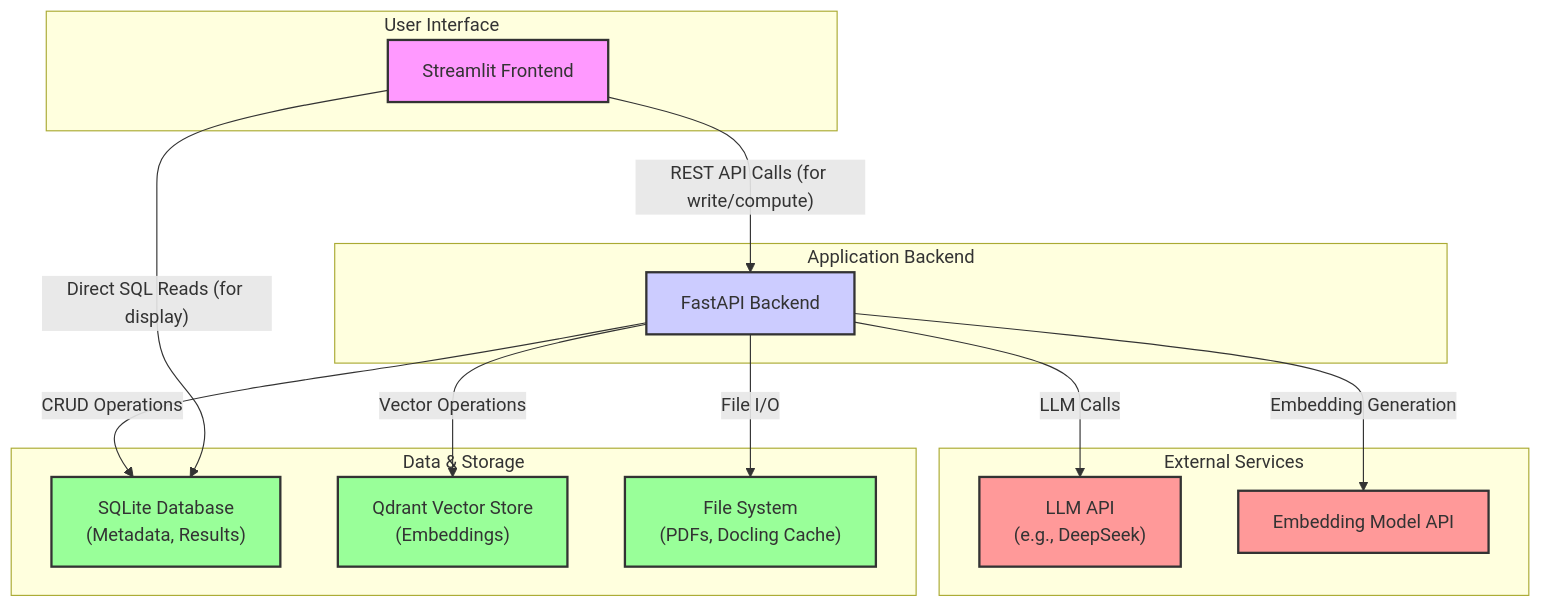
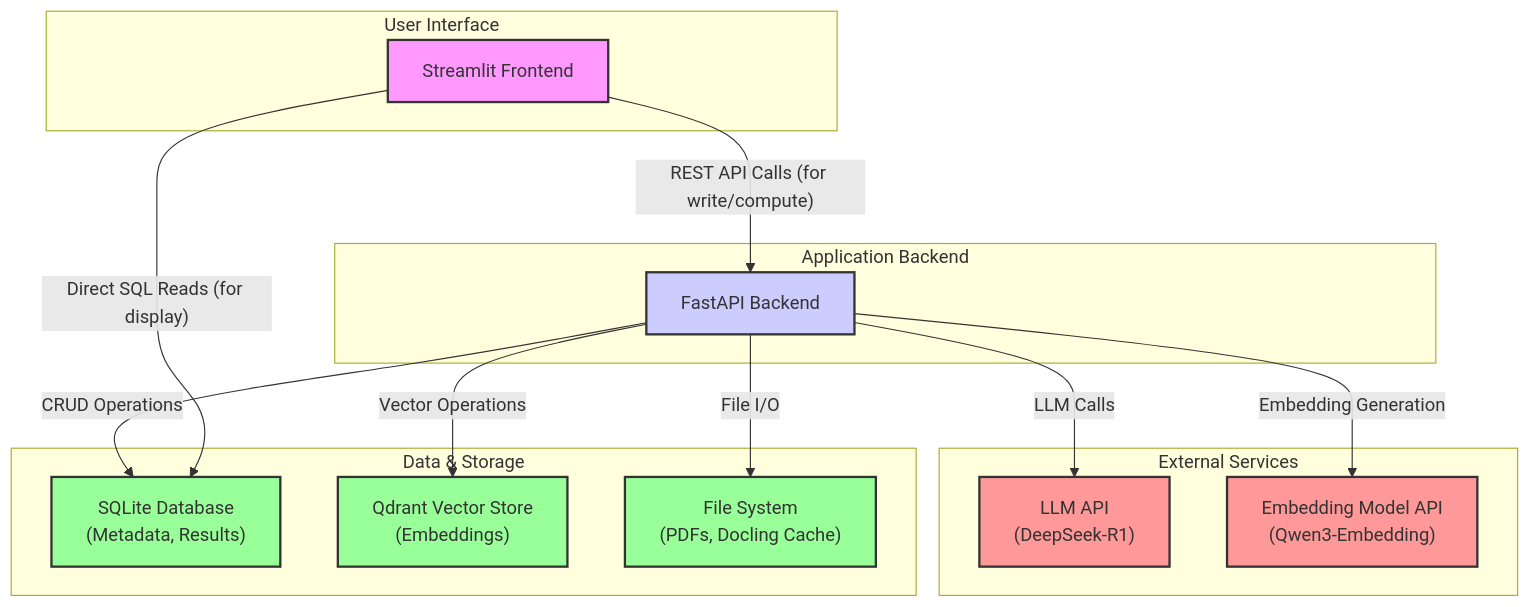
Before and after one commit to MBoekels/structured-data-extraction-rag: the diagram in README.md, drawn with Mermaid.

````diff
--- a/README.md
+++ b/README.md
@@ -26,37 +26,37 @@
 ```mermaid
 graph TD
     subgraph "User Interface"
         A[Streamlit Frontend]
     end
 
     subgraph "Application Backend"
         B[FastAPI Backend]
     end
 
     subgraph "Data & Storage"
         C["SQLite Database<br>(Metadata, Results)"]
         D["Qdrant Vector Store<br>(Embeddings)"]
         E["File System<br>(PDFs, Docling Cache)"]
     end
 
     subgraph "External Services"
-        F["LLM API<br>(e.g., DeepSeek)"]
-        G[Embedding Model API]
+        F["LLM API<br>(DeepSeek-R1)"]
+        G["Embedding Model API<br>(Qwen3-Embedding)"]
     end
 
     A -- "REST API Calls (for write/compute)" --> B
     A -- "Direct SQL Reads (for display)" --> C
     B -- "CRUD Operations" --> C
     B -- "Vector Operations" --> D
     B -- "File I/O" --> E
     B -- "LLM Calls" --> F
     B -- "Embedding Generation" --> G
 
     style A fill:#f9f,stroke:#333,stroke-width:2px
     style B fill:#ccf,stroke:#333,stroke-width:2px
     style C fill:#9f9,stroke:#333,stroke-width:2px
     style D fill:#9f9,stroke:#333,stroke-width:2px
     style E fill:#9f9,stroke:#333,stroke-width:2px
     style F fill:#f99,stroke:#333,stroke-width:2px
     style G fill:#f99,stroke:#333,stroke-width:2px
 ```
````
